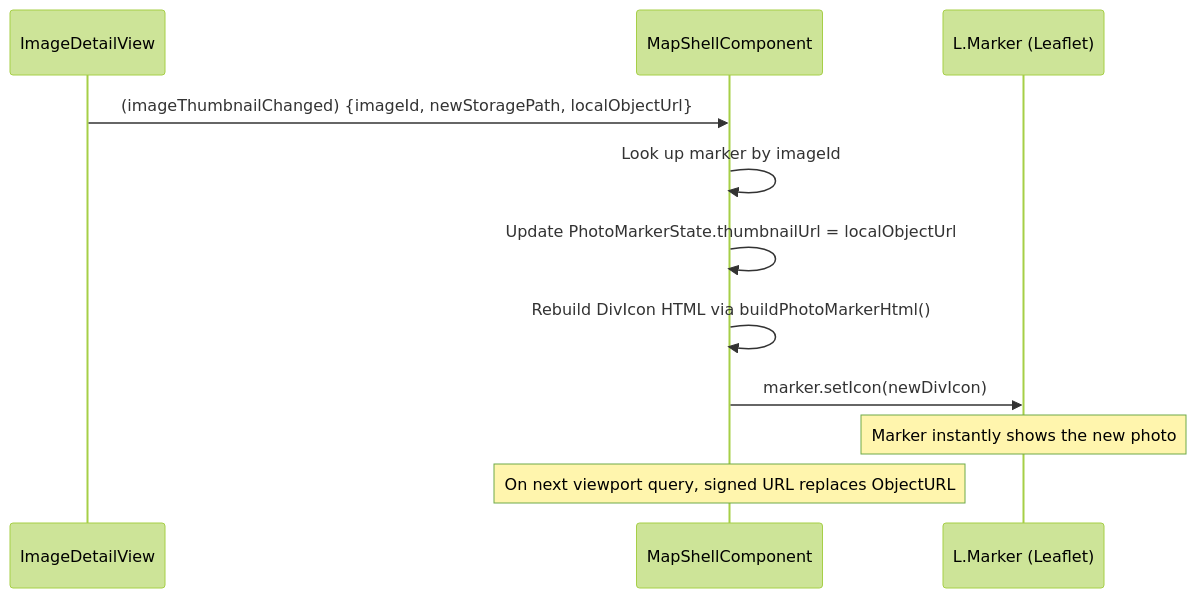
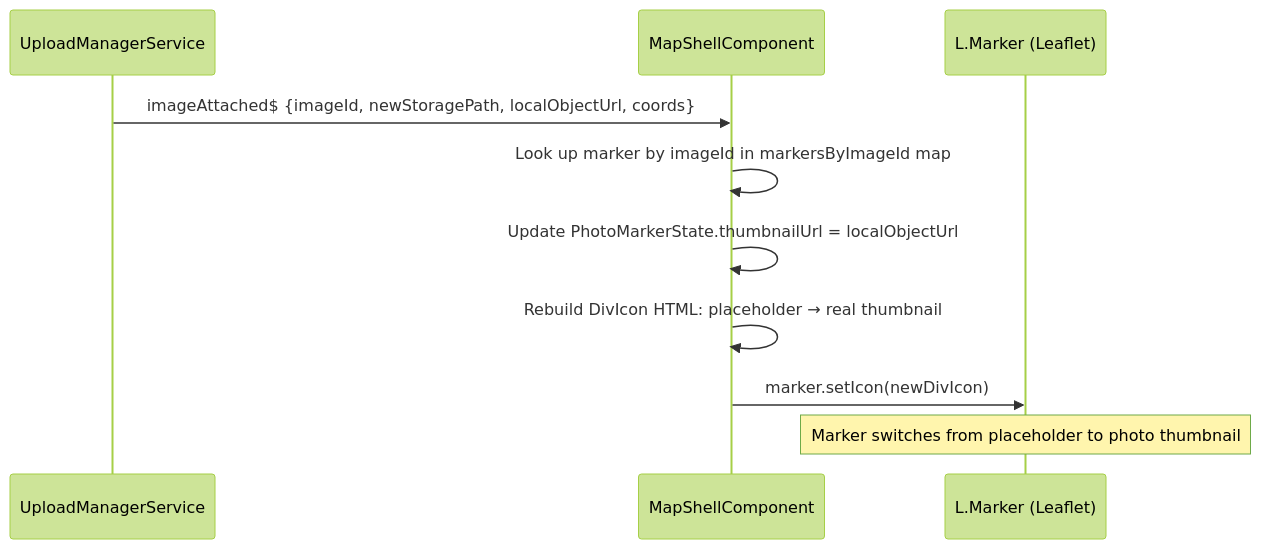
Before and after one commit to matkleve/sitesnap: the third of 3 diagrams in docs/element-specs/photo-marker.md, drawn with Mermaid (forest theme). The commit also changed other lines of this file and 4 other files, not shown here.

First line of the commit message:
feat: Implement replace and attach photo functionality in UploadManagerService

````diff
--- a/docs/element-specs/photo-marker.md
+++ b/docs/element-specs/photo-marker.md
@@ -233,14 +238,13 @@
 ```mermaid
 sequenceDiagram
-  participant Detail as ImageDetailView
+  participant Manager as UploadManagerService
   participant Shell as MapShellComponent
   participant Marker as L.Marker (Leaflet)
 
-  Detail->>Shell: (imageThumbnailChanged) {imageId, newStoragePath, localObjectUrl}
-  Shell->>Shell: Look up marker by imageId
+  Manager->>Shell: imageAttached$ {imageId, newStoragePath, localObjectUrl, coords}
+  Shell->>Shell: Look up marker by imageId in markersByImageId map
   Shell->>Shell: Update PhotoMarkerState.thumbnailUrl = localObjectUrl
-  Shell->>Shell: Rebuild DivIcon HTML via buildPhotoMarkerHtml()
+  Shell->>Shell: Rebuild DivIcon HTML: placeholder → real thumbnail
   Shell->>Marker: marker.setIcon(newDivIcon)
-  Note over Marker: Marker instantly shows the new photo
-  Note over Shell: On next viewport query, signed URL replaces ObjectURL
+  Note over Marker: Marker switches from placeholder to photo thumbnail
 ```
````
